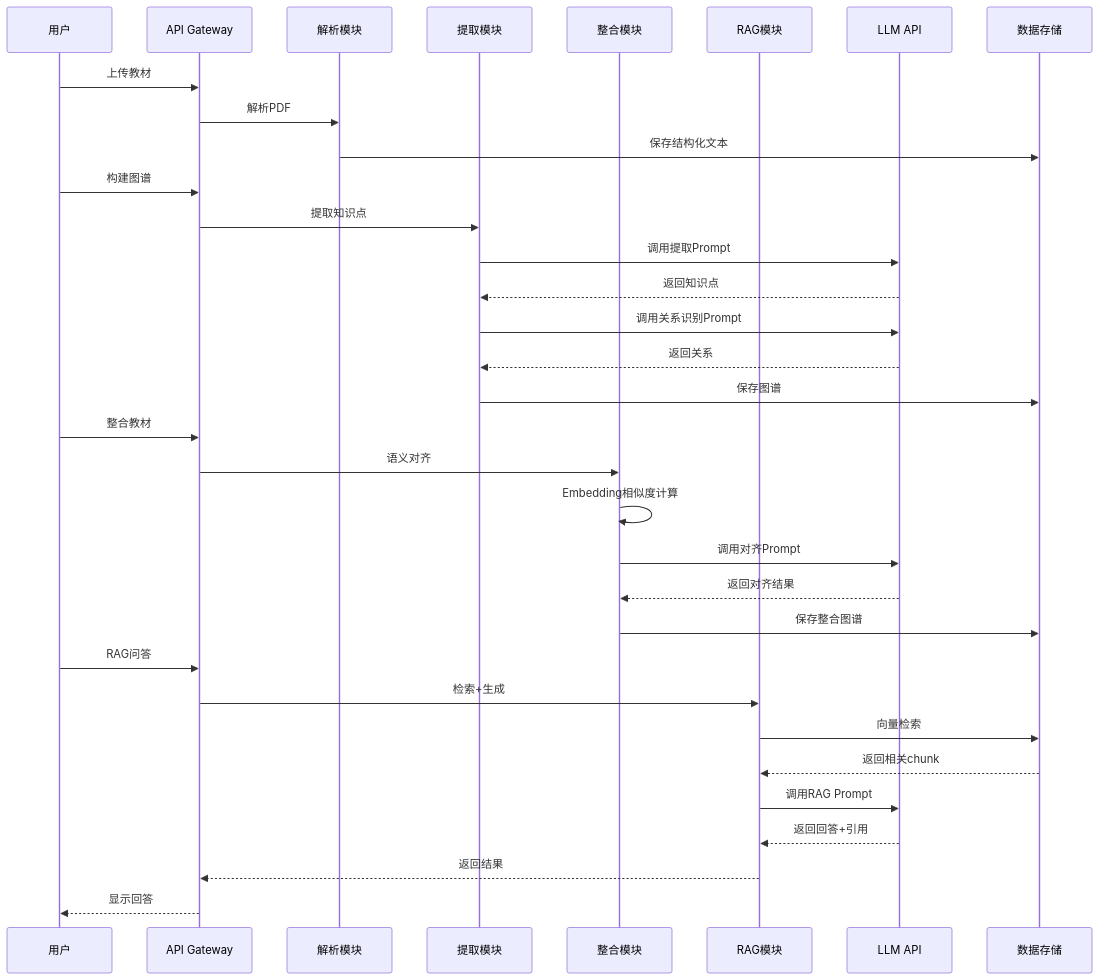
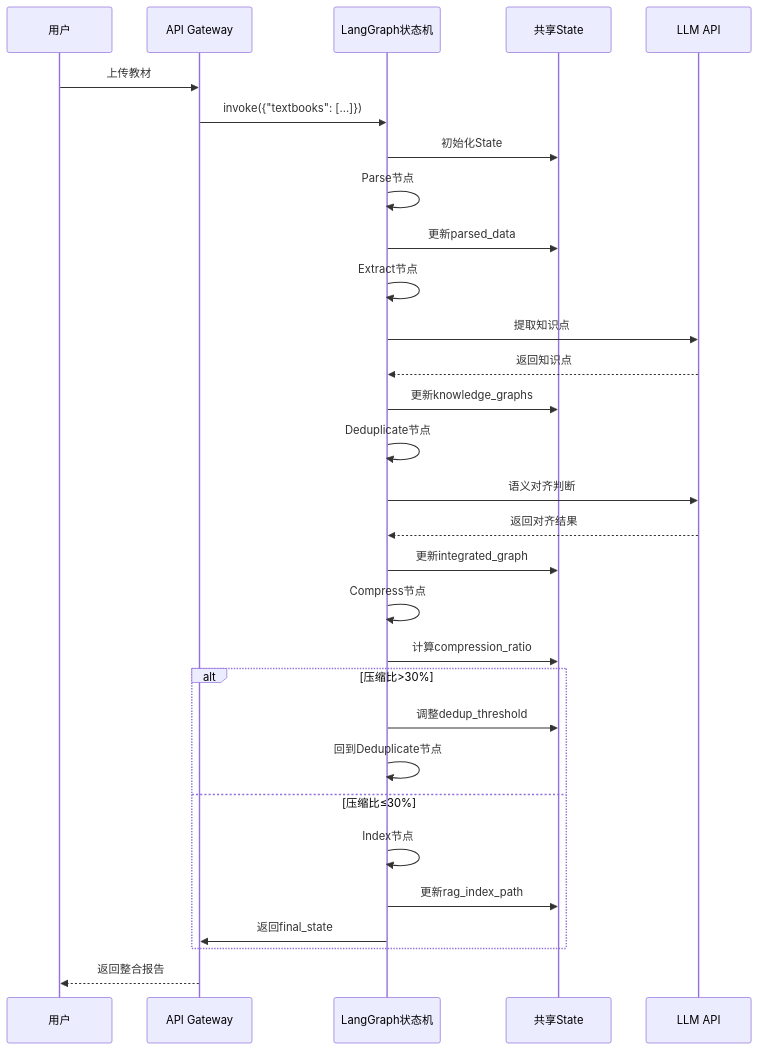
Before and after one commit to BallCard/ZJUHEX: the second of 2 diagrams in docs/Agent架构说明.md, drawn with Mermaid. The commit also changed other lines of this file and 7 other files, not shown here.

First line of the commit message:
Update project documentation with MVP P0 architectural decisions

````diff
--- a/docs/Agent架构说明.md
+++ b/docs/Agent架构说明.md
@@ -135,39 +203,39 @@
 ```mermaid
 sequenceDiagram
     participant U as 用户
     participant API as API Gateway
-    participant P as 解析模块
-    participant E as 提取模块
-    participant I as 整合模块
-    participant R as RAG模块
+    participant LG as LangGraph状态机
+    participant State as 共享State
     participant LLM as LLM API
-    participant DB as 数据存储
 
     U->>API: 上传教材
-    API->>P: 解析PDF
-    P->>DB: 保存结构化文本
+    API->>LG: invoke({"textbooks": [...]})
     
-    U->>API: 构建图谱
-    API->>E: 提取知识点
-    E->>LLM: 调用提取Prompt
-    LLM-->>E: 返回知识点
-    E->>LLM: 调用关系识别Prompt
-    LLM-->>E: 返回关系
-    E->>DB: 保存图谱
+    LG->>State: 初始化State
+    LG->>LG: Parse节点
+    LG->>State: 更新parsed_data
     
-    U->>API: 整合教材
-    API->>I: 语义对齐
-    I->>I: Embedding相似度计算
-    I->>LLM: 调用对齐Prompt
-    LLM-->>I: 返回对齐结果
-    I->>DB: 保存整合图谱
+    LG->>LG: Extract节点
+    LG->>LLM: 提取知识点
+    LLM-->>LG: 返回知识点
+    LG->>State: 更新knowledge_graphs
     
-    U->>API: RAG问答
-    API->>R: 检索+生成
-    R->>DB: 向量检索
-    DB-->>R: 返回相关chunk
-    R->>LLM: 调用RAG Prompt
-    LLM-->>R: 返回回答+引用
-    R-->>API: 返回结果
-    API-->>U: 显示回答
+    LG->>LG: Deduplicate节点
+    LG->>LLM: 语义对齐判断
+    LLM-->>LG: 返回对齐结果
+    LG->>State: 更新integrated_graph
+    
+    LG->>LG: Compress节点
+    LG->>State: 计算compression_ratio
+    
+    alt 压缩比>30%
+        LG->>State: 调整dedup_threshold
+        LG->>LG: 回到Deduplicate节点
+    else 压缩比≤30%
+        LG->>LG: Index节点
+        LG->>State: 更新rag_index_path
+        LG->>API: 返回final_state
+    end
+    
+    API-->>U: 返回整合报告
 ```
````
